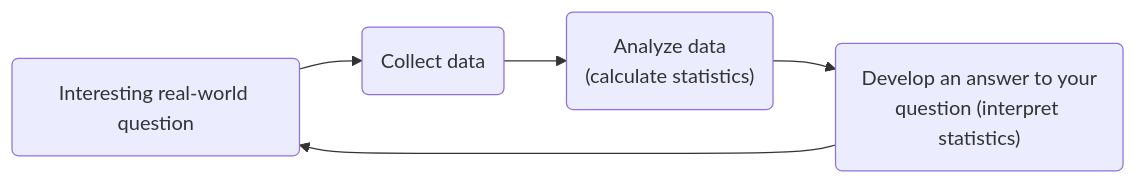
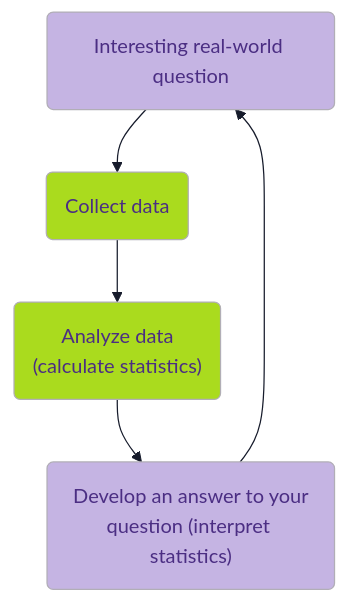
Before and after one commit to vsass/SOC221: the fifth of 6 diagrams in Lectures/lecture1.qmd, drawn with Mermaid. The commit also changed other lines of this file and 26 other files, not shown here.

````diff
--- a/Lectures/lecture1.qmd
+++ b/Lectures/lecture1.qmd
@@ -225,8 +325,21 @@
 ```{mermaid}
 %%| echo: false
-%%| fig-width: 20
-%%| fig-align: center
-flowchart LR
-    id1(Interesting real-world question) --> id2(Collect data) --> id3("Analyze data\n(calculate statistics)") --> id4("Develop an answer to your\nquestion (interpret statistics)")
-    id4 --> id1
+%%| fig-height: 6
+%%| fig-width: 5
+%%| fig-align: left
+%%{
+  init: {
+    'theme': 'base',
+    'themeVariables': {
+      'background': '#e8e3d3',
+      'primaryColor': '#c5b4e3',
+      'primaryTextColor': '#4b2e83'
+    }
+  }
+}%%
+flowchart TB
+      id1(Interesting real-world question) --> id2(Collect data) --> id3("Analyze data\n(calculate statistics)") --> id4("Develop an answer to your\nquestion (interpret statistics)")
+      id4 --> id1
+      style id2 fill:#aadb1e,color:#4b2e83
+      style id3 fill:#aadb1e,color:#4b2e83
 ```
````
